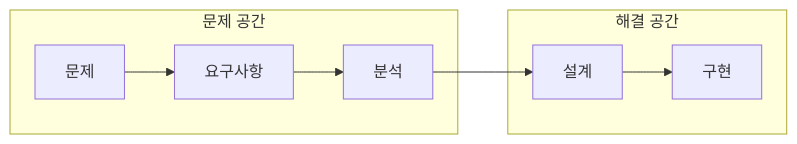
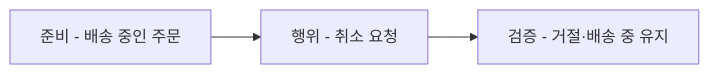
Before and after one commit to YoungSan77/TrainingMaterials: diagram 11 of 14 in courses/ooad/sessions/s01.md, drawn with Mermaid. The commit also changed other lines of this file and 51 other files, not shown here.

````diff
--- a/courses/ooad/sessions/s01.md
+++ b/courses/ooad/sessions/s01.md
@@ -256,12 +598,5 @@
 ```mermaid
 flowchart LR
-    subgraph PS["문제 공간"]
-        P["문제"] --> R["요구사항"] --> A["분석"]
-    end
-
-    subgraph SS["해결 공간"]
-        D["설계"] --> I["구현"]
-    end
-
-    A --> D
+ A["준비 - 배송 중인 주문"] --> B["행위 - 취소 요청"]
+ B --> C["검증 - 거절·배송 중 유지"]
 ```
````
